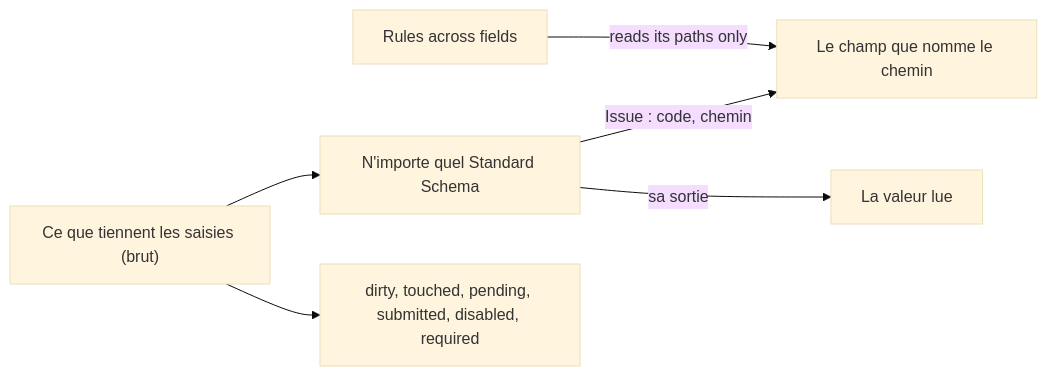
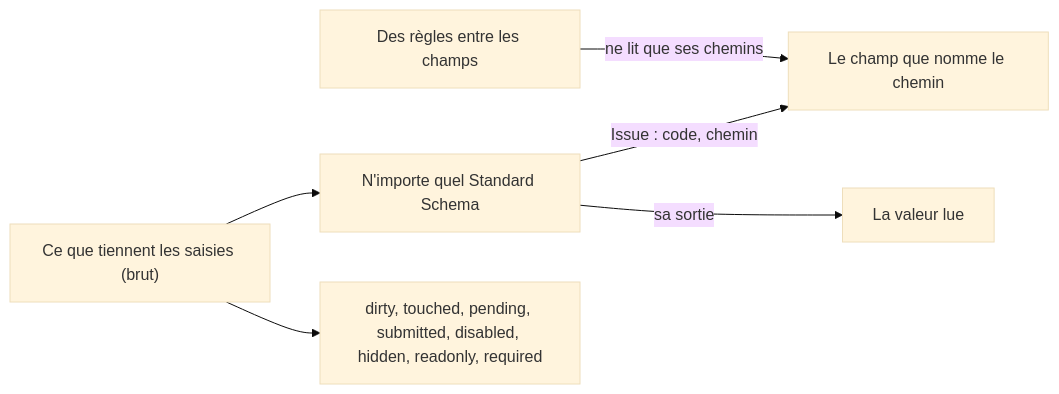
The diagram in docs/guide/fr/form.md (Eoth/yaltaan), drawn with Mermaid (base theme) before and after one commit. The commit also changed other lines of this file and 23 other files, not shown here.

````diff
--- a/docs/guide/fr/form.md
+++ b/docs/guide/fr/form.md
@@ -9,8 +9,8 @@
 ```mermaid
 flowchart LR
   input["Ce que tiennent les saisies (brut)"] --> schema["N'importe quel Standard Schema"]
   schema -->|"Issue : code, chemin"| field["Le champ que nomme le chemin"]
   schema -->|"sa sortie"| parsed["La valeur lue"]
-  rules["Rules across fields"] -->|"reads its paths only"| field
-  input --> states["dirty, touched, pending, submitted, disabled, required"]
+  rules["Des règles entre les champs"] -->|"ne lit que ses chemins"| field
+  input --> states["dirty, touched, pending, submitted, disabled, hidden, readonly, required"]
 ```
````
